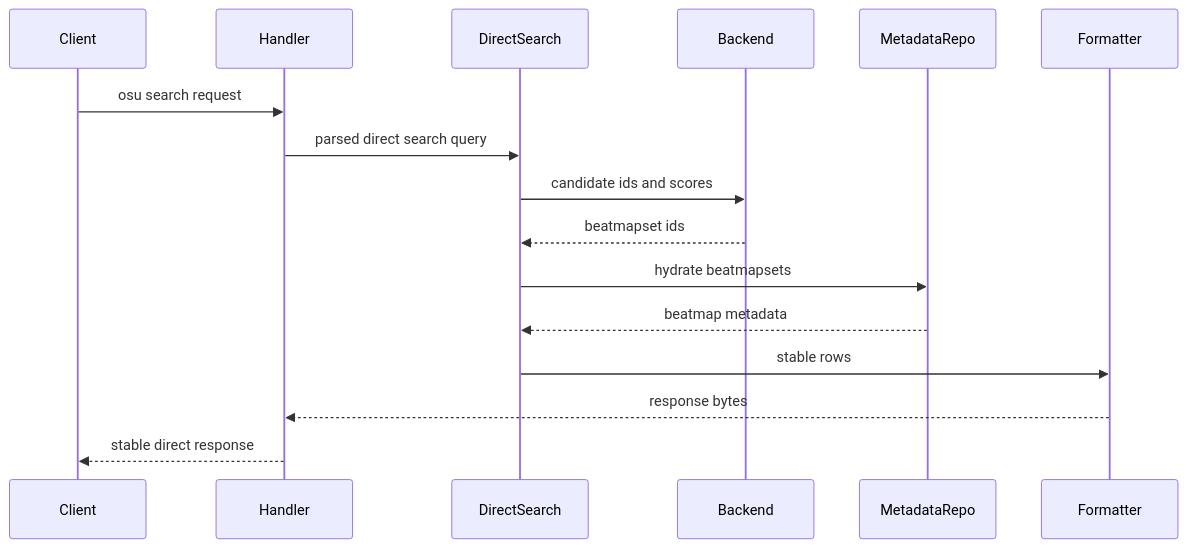
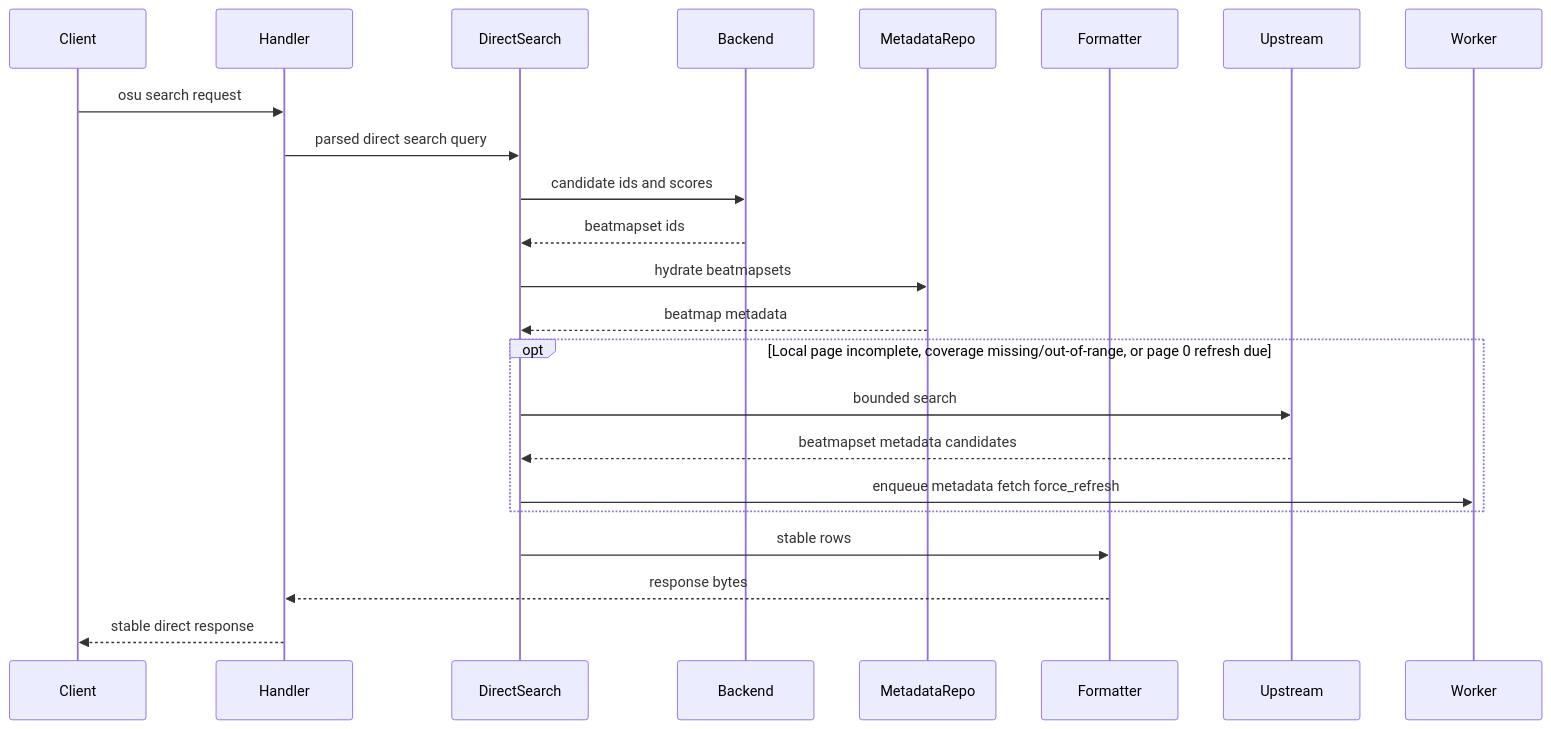
One commit to Reticulmz/athena changed the second of 7 diagrams in .kiro/specs/osu-direct/design.md. Above: the diagram before and after it, drawn with Mermaid. The commit also changed other lines of this file and 3 other files, not shown here.

````diff
--- a/.kiro/specs/osu-direct/design.md
+++ b/.kiro/specs/osu-direct/design.md
@@ -267,19 +271,26 @@
 ```mermaid
 sequenceDiagram
     participant Client
     participant Handler
     participant DirectSearch
     participant Backend
     participant MetadataRepo
     participant Formatter
+    participant Upstream
+    participant Worker
 
     Client->>Handler: osu search request
     Handler->>DirectSearch: parsed direct search query
     DirectSearch->>Backend: candidate ids and scores
     Backend-->>DirectSearch: beatmapset ids
     DirectSearch->>MetadataRepo: hydrate beatmapsets
     MetadataRepo-->>DirectSearch: beatmap metadata
+    opt Local page incomplete, coverage missing/out-of-range, or page 0 refresh due
+        DirectSearch->>Upstream: bounded search
+        Upstream-->>DirectSearch: beatmapset metadata candidates
+        DirectSearch->>Worker: enqueue metadata fetch force_refresh
+    end
     DirectSearch->>Formatter: stable rows
     Formatter-->>Handler: response bytes
     Handler-->>Client: stable direct response
 ```
````
